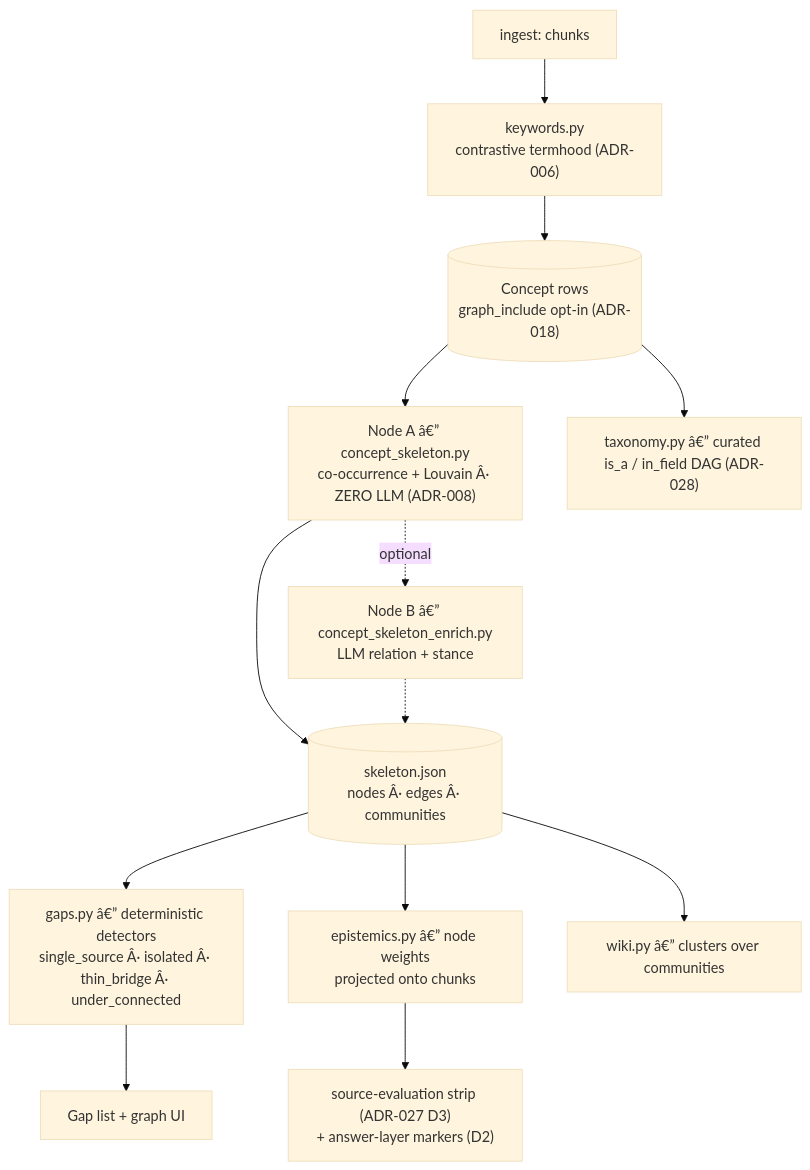
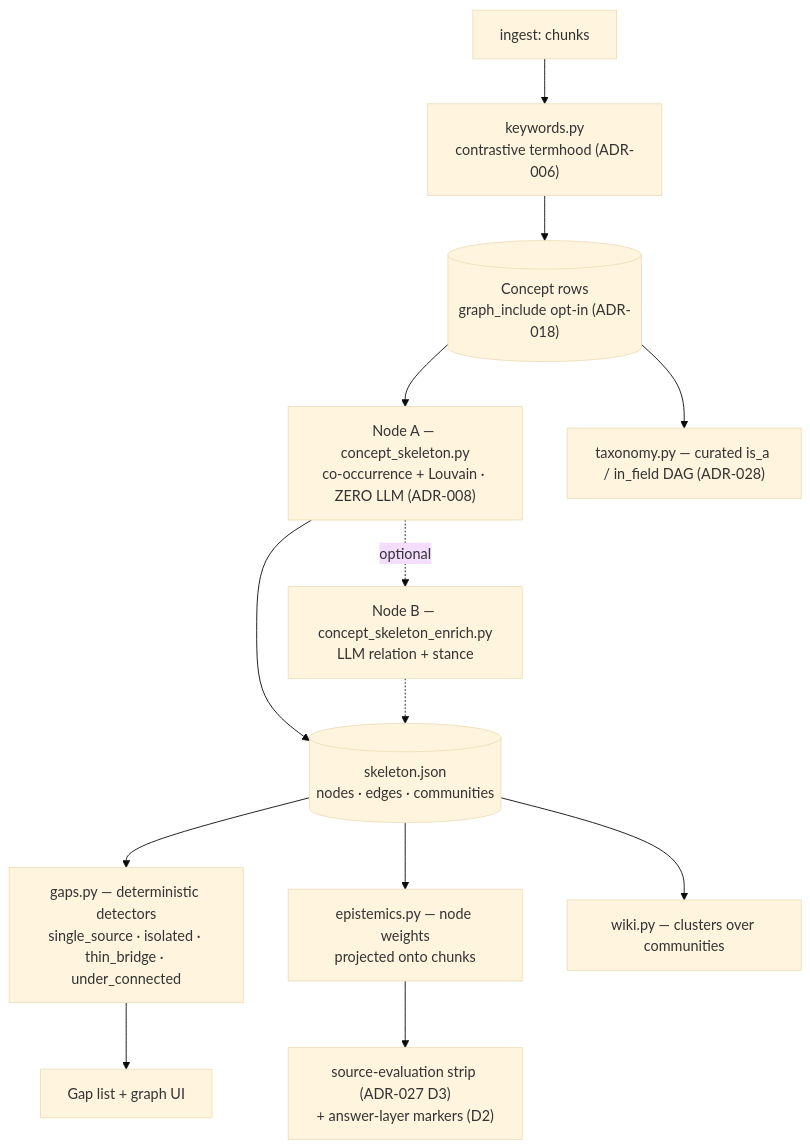
Before and after one commit to ldele/doc_assistant: the diagram in docs/knowledge-layer.md, drawn with Mermaid (base theme). The commit also changed other lines of this file and 6 other files, not shown here.

````diff
--- a/docs/knowledge-layer.md
+++ b/docs/knowledge-layer.md
@@ -105,15 +105,15 @@
 ```mermaid
 flowchart TD
     ING[ingest: chunks] --> KW["keywords.py<br/>contrastive termhood (ADR-006)"]
     KW --> CON[("Concept rows<br/>graph_include opt-in (ADR-018)")]
-    CON --> NA["Node A â€” concept_skeleton.py<br/>co-occurrence + Louvain Â· ZERO LLM (ADR-008)"]
-    NA --> SK[("skeleton.json<br/>nodes Â· edges Â· communities")]
-    NA -.optional.-> NB["Node B â€” concept_skeleton_enrich.py<br/>LLM relation + stance"]
+    CON --> NA["Node A — concept_skeleton.py<br/>co-occurrence + Louvain · ZERO LLM (ADR-008)"]
+    NA --> SK[("skeleton.json<br/>nodes · edges · communities")]
+    NA -.optional.-> NB["Node B — concept_skeleton_enrich.py<br/>LLM relation + stance"]
     NB -.-> SK
-    SK --> GAPS["gaps.py â€” deterministic detectors<br/>single_source Â· isolated Â· thin_bridge Â· under_connected"]
-    SK --> EPI["epistemics.py â€” node weights<br/>projected onto chunks"]
-    SK --> WIKI["wiki.py â€” clusters over communities"]
-    CON --> TAX["taxonomy.py â€” curated is_a / in_field DAG (ADR-028)"]
+    SK --> GAPS["gaps.py — deterministic detectors<br/>single_source · isolated · thin_bridge · under_connected"]
+    SK --> EPI["epistemics.py — node weights<br/>projected onto chunks"]
+    SK --> WIKI["wiki.py — clusters over communities"]
+    CON --> TAX["taxonomy.py — curated is_a / in_field DAG (ADR-028)"]
     GAPS --> UI[Gap list + graph UI]
     EPI --> STRIP["source-evaluation strip (ADR-027 D3)<br/>+ answer-layer markers (D2)"]
 ```
````
